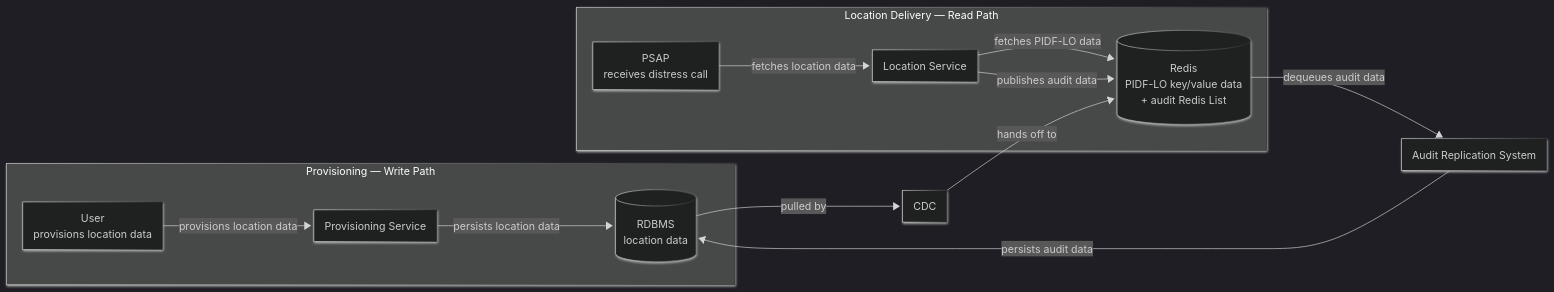
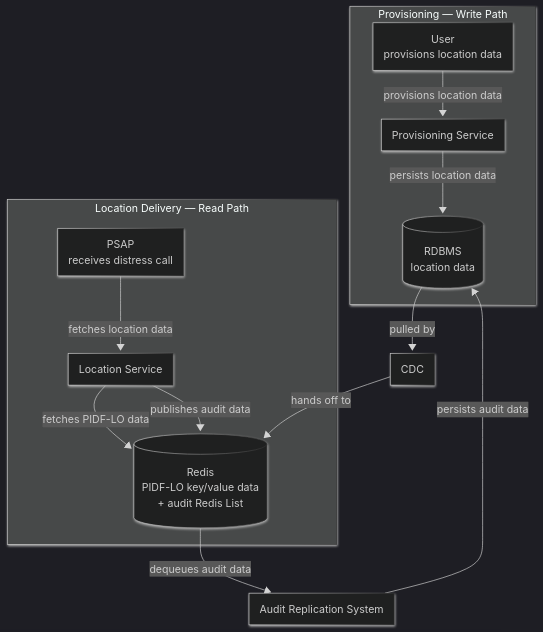
Before and after one commit to dzenyu/dzenyu.github.io: the first of 2 diagrams in src/content/blog/architecting-nextgen-e911-location-delivery.mdx, drawn with Mermaid (dark theme).

Commit message:
docs(blog): orient unified architecture diagram top to bottom
Switches the unified architecture Mermaid diagram from a left-right
layout to top-down, so Provisioning stacks above Location Delivery
and the write-to-read flow reads vertically instead of side by side.

Claude-Session: https://claude.ai/code/session_011RhQaVFsbkZ73Awh7LuaKz

````diff
--- a/src/content/blog/architecting-nextgen-e911-location-delivery.mdx
+++ b/src/content/blog/architecting-nextgen-e911-location-delivery.mdx
@@ -88,33 +88,33 @@
 ```mermaid
 ---
 config:
   look: neo
 ---
-flowchart LR
+flowchart TD
 
     subgraph P["Provisioning — Write Path"]
         U["User<br/>provisions location data"]
         PS["Provisioning Service"]
         DB[("RDBMS<br/>location data")]
 
         U -- "provisions location data" --> PS
         PS -- "persists location data" --> DB
     end
 
     subgraph L["Location Delivery — Read Path"]
         PSAP["PSAP<br/>receives distress call"]
         LS["Location Service"]
         REDIS[("Redis<br/>PIDF-LO key/value data<br/>+ audit Redis List")]
 
         PSAP -- "fetches location data" --> LS
         LS -- "fetches PIDF-LO data" --> REDIS
         LS -- "publishes audit data" --> REDIS
     end
 
     DB -- "pulled by" --> CDC["CDC"]
     CDC -- "hands off to" --> REDIS
 
     ARS["Audit Replication System"]
     REDIS -- "dequeues audit data" --> ARS
     ARS -- "persists audit data" --> DB
 ```
````
